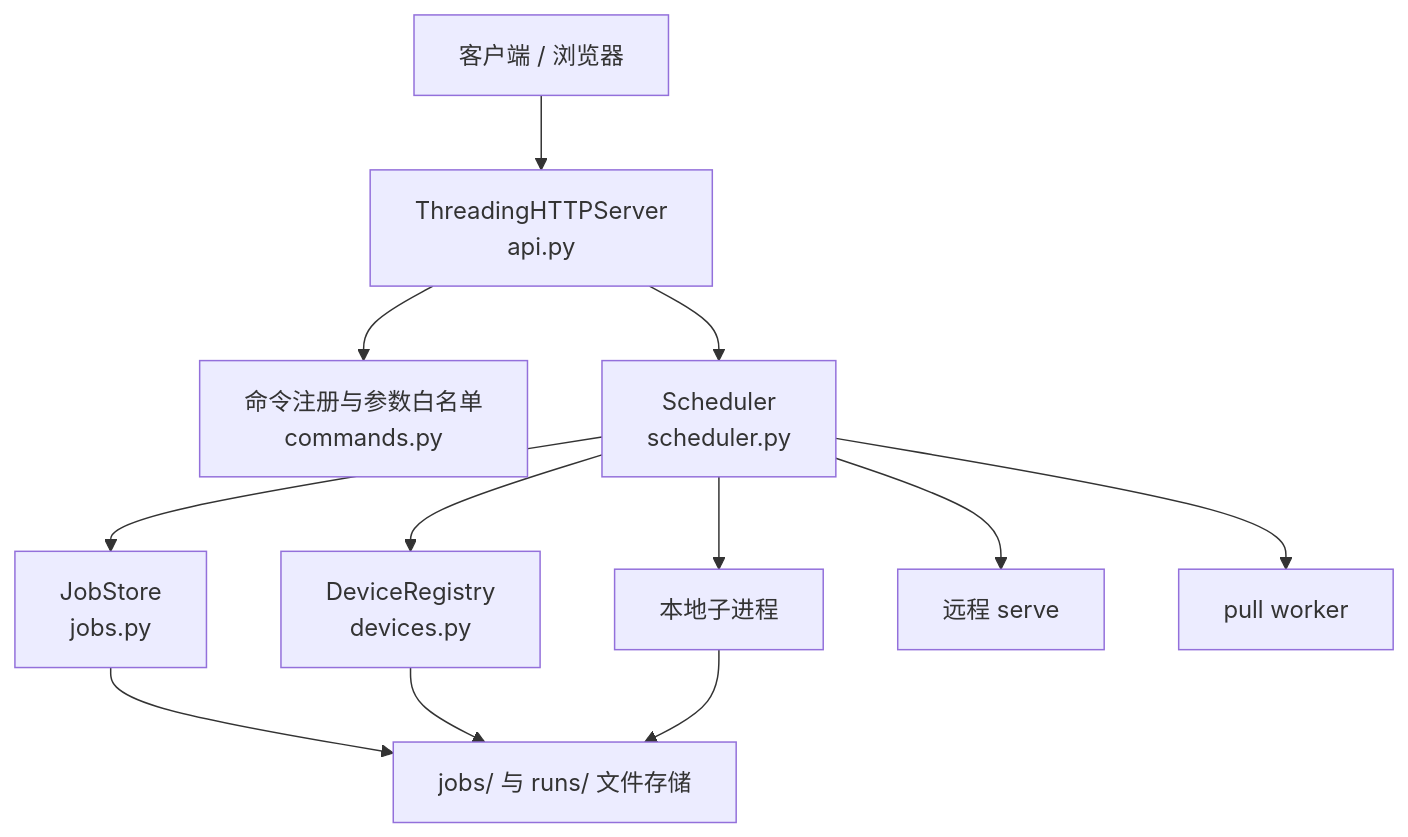
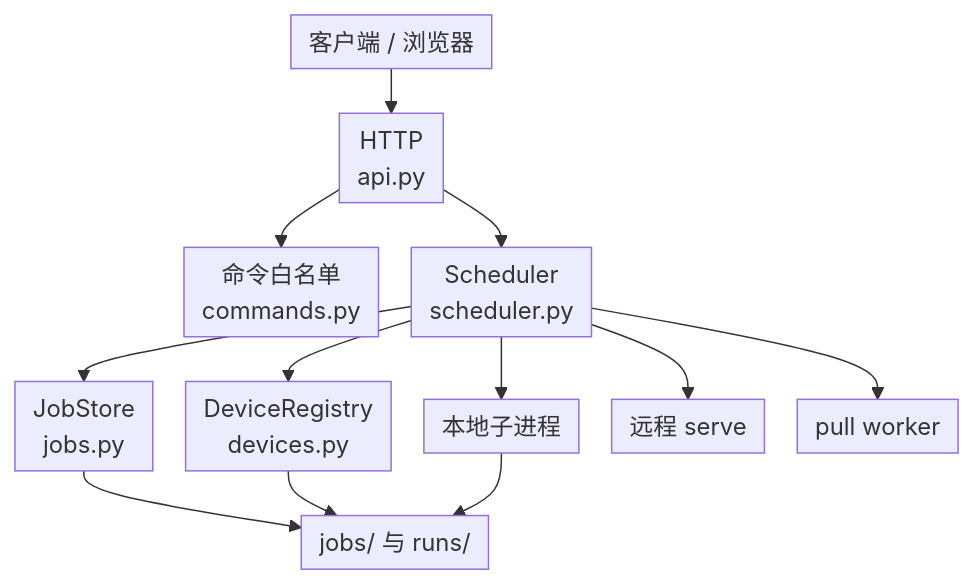
One commit to cixiy1/Yuki-blog changed the third of 9 diagrams in src/content/posts/chest-smart-diagnosis.md. Above: the diagram before and after it, drawn with Mermaid. The commit also changed other lines of this file, not shown here.

First line of the commit message:
fix(posts): 架构图在深色模式下字太小发灰

````diff
--- a/src/content/posts/chest-smart-diagnosis.md
+++ b/src/content/posts/chest-smart-diagnosis.md
@@ -117,25 +111,26 @@
 ```mermaid
+%%{init: {"flowchart": {"nodeSpacing": 22, "rankSpacing": 30, "padding": 6, "wrappingWidth": 150}}}%%
 flowchart TB
   Client["客户端 / 浏览器"]
-  HTTP["ThreadingHTTPServer<br/>api.py"]
-  Commands["命令注册与参数白名单<br/>commands.py"]
+  HTTP["HTTP<br/>api.py"]
+  Commands["命令白名单<br/>commands.py"]
   Scheduler["Scheduler<br/>scheduler.py"]
   Jobs["JobStore<br/>jobs.py"]
   Devices["DeviceRegistry<br/>devices.py"]
   Local["本地子进程"]
   Remote["远程 serve"]
   Pull["pull worker"]
-  Files["jobs/ 与 runs/ 文件存储"]
+  Files["jobs/ 与 runs/"]
 
   Client --> HTTP
   HTTP --> Commands
   HTTP --> Scheduler
   Scheduler --> Jobs
   Scheduler --> Devices
   Scheduler --> Local
   Scheduler --> Remote
   Scheduler --> Pull
   Jobs --> Files
   Devices --> Files
   Local --> Files
 ```
````
